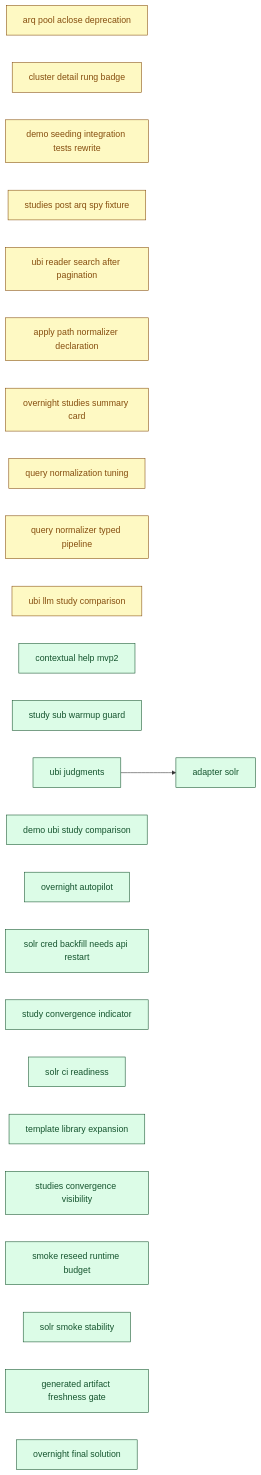
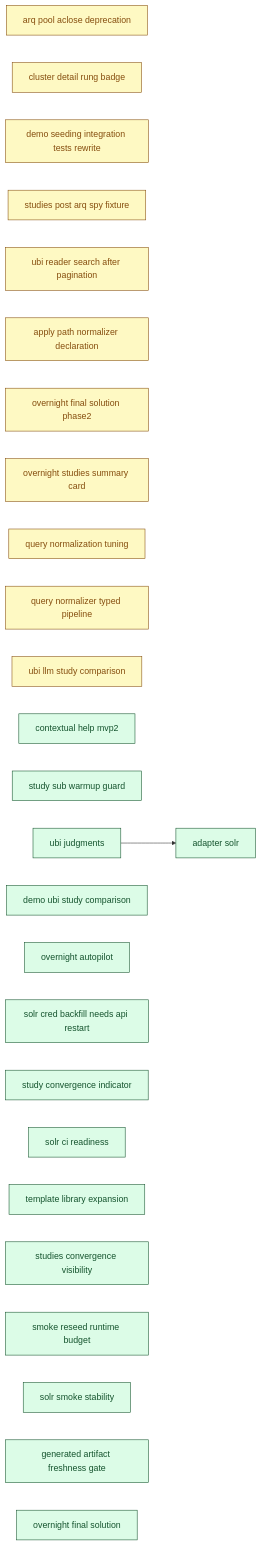
Before and after one commit to SoundMindsAI/relyloop: the diagram in docs/00_overview/MVP2_DASHBOARD.md, drawn with Mermaid. The commit also changed other lines of this file and 28 other files, not shown here.

First line of the commit message:
feat(studies): morning summary card + strategy line (feat_overnight_final_solution_phase2) (#442)

````diff
--- a/docs/00_overview/MVP2_DASHBOARD.md
+++ b/docs/00_overview/MVP2_DASHBOARD.md
@@ -112,59 +113,61 @@
 ```mermaid
 graph LR
   classDef done fill:#dcfce7,stroke:#14532d,color:#14532d;
   classDef implement fill:#ffedd5,stroke:#9a3412,color:#9a3412;
   classDef plan fill:#fef9c3,stroke:#854d0e,color:#854d0e;
   classDef spec fill:#dbeafe,stroke:#1e40af,color:#1e40af;
   classDef idea fill:#f1f5f9,stroke:#334155,color:#334155;
   chore_arq_pool_aclose_deprecation["arq pool aclose deprecation"]
   class chore_arq_pool_aclose_deprecation plan;
   chore_cluster_detail_rung_badge["cluster detail rung badge"]
   class chore_cluster_detail_rung_badge plan;
   chore_demo_seeding_integration_tests_rewrite["demo seeding integration tests rewrite"]
   class chore_demo_seeding_integration_tests_rewrite plan;
   chore_studies_post_arq_spy_fixture["studies post arq spy fixture"]
   class chore_studies_post_arq_spy_fixture plan;
   chore_ubi_reader_search_after_pagination["ubi reader search after pagination"]
   class chore_ubi_reader_search_after_pagination plan;
   feat_apply_path_normalizer_declaration["apply path normalizer declaration"]
   class feat_apply_path_normalizer_declaration plan;
+  feat_overnight_final_solution_phase2["overnight final solution phase2"]
+  class feat_overnight_final_solution_phase2 plan;
   feat_overnight_studies_summary_card["overnight studies summary card"]
   class feat_overnight_studies_summary_card plan;
   feat_query_normalization_tuning["query normalization tuning"]
   class feat_query_normalization_tuning plan;
   feat_query_normalizer_typed_pipeline["query normalizer typed pipeline"]
   class feat_query_normalizer_typed_pipeline plan;
   feat_ubi_llm_study_comparison["ubi llm study comparison"]
   class feat_ubi_llm_study_comparison plan;
   feat_contextual_help_mvp2["contextual help mvp2"]
   class feat_contextual_help_mvp2 done;
   feat_study_sub_warmup_guard["study sub warmup guard"]
   class feat_study_sub_warmup_guard done;
   feat_ubi_judgments["ubi judgments"]
   class feat_ubi_judgments done;
   feat_demo_ubi_study_comparison["demo ubi study comparison"]
   class feat_demo_ubi_study_comparison done;
   feat_overnight_autopilot["overnight autopilot"]
   class feat_overnight_autopilot done;
   infra_adapter_solr["adapter solr"]
   class infra_adapter_solr done;
   chore_solr_cred_backfill_needs_api_restart["solr cred backfill needs api restart"]
   class chore_solr_cred_backfill_needs_api_restart done;
   feat_study_convergence_indicator["study convergence indicator"]
   class feat_study_convergence_indicator done;
   infra_solr_ci_readiness["solr ci readiness"]
   class infra_solr_ci_readiness done;
   chore_template_library_expansion["template library expansion"]
   class chore_template_library_expansion done;
   feat_studies_convergence_visibility["studies convergence visibility"]
   class feat_studies_convergence_visibility done;
   infra_smoke_reseed_runtime_budget["smoke reseed runtime budget"]
   class infra_smoke_reseed_runtime_budget done;
   infra_solr_smoke_stability["solr smoke stability"]
   class infra_solr_smoke_stability done;
   infra_generated_artifact_freshness_gate["generated artifact freshness gate"]
   class infra_generated_artifact_freshness_gate done;
   feat_overnight_final_solution["overnight final solution"]
   class feat_overnight_final_solution done;
   feat_ubi_judgments --> infra_adapter_solr
 ```
````
